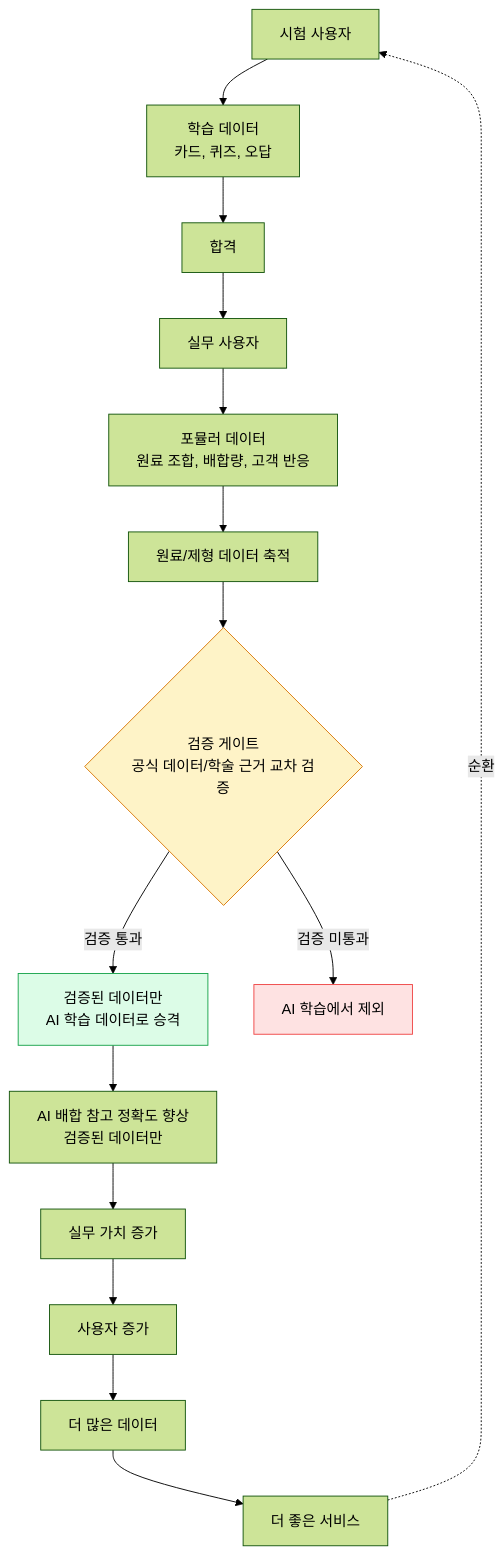
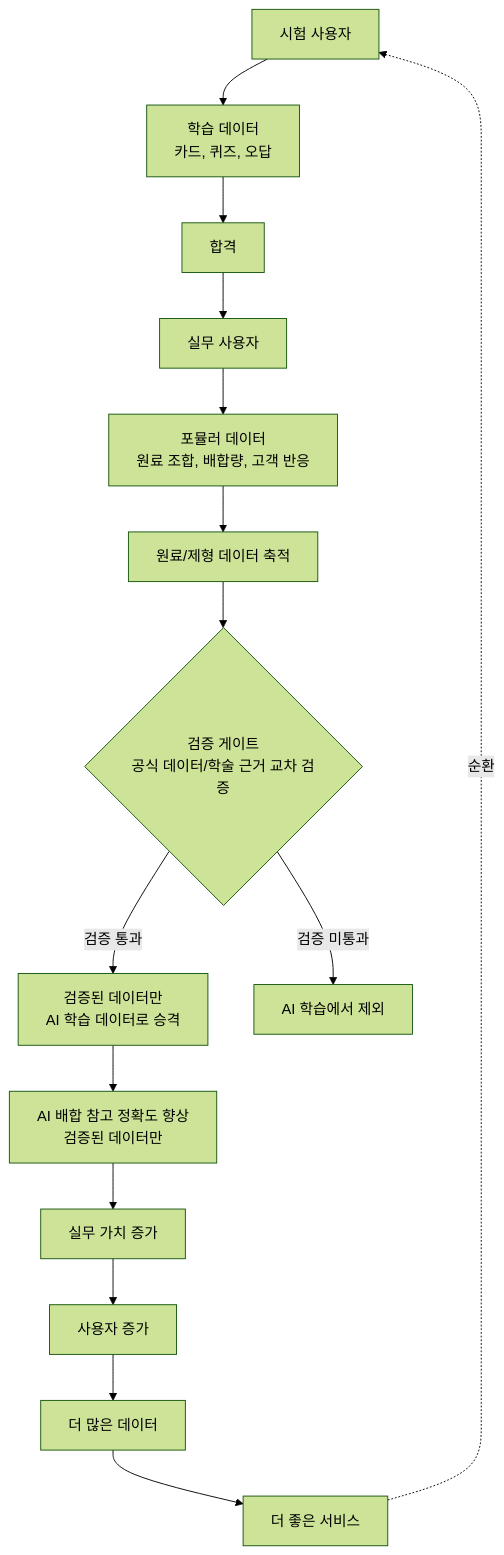
One commit to skygoldlee-cyber/Personalized_Skincare changed the eighth of 10 diagrams in docs/dev/PASS_TO_PRACTICE_STRATEGY.md. Above: the diagram before and after it, drawn with Mermaid (forest theme). The commit also changed other lines of this file and 1 other file, not shown here.

First line of the commit message:
docs: Mermaid 다크모드 대비 문제 해결 — style 지시자 제거

````diff
--- a/docs/dev/PASS_TO_PRACTICE_STRATEGY.md
+++ b/docs/dev/PASS_TO_PRACTICE_STRATEGY.md
@@ -741,21 +727,18 @@
 ```mermaid
 flowchart TD
     A[시험 사용자] --> B[학습 데이터<br/>카드, 퀴즈, 오답]
     B --> C[합격]
     C --> D[실무 사용자]
     D --> E[포뮬러 데이터<br/>원료 조합, 배합량, 고객 반응]
     E --> F[원료/제형 데이터 축적]
     F --> GATE{"검증 게이트<br/>공식 데이터/학술 근거 교차 검증"}
     GATE -->|검증 통과| H[검증된 데이터만<br/>AI 학습 데이터로 승격]
     GATE -->|검증 미통과| H2[AI 학습에서 제외]
     H --> I[AI 배합 참고 정확도 향상<br/>검증된 데이터만]
     I --> J[실무 가치 증가]
     J --> K[사용자 증가]
     K --> L[더 많은 데이터]
     L --> M[더 좋은 서비스]
     M -.->|순환| A
 
-    style GATE fill:#fef3c7,stroke:#d97706
-    style H fill:#dcfce7,stroke:#16a34a
-    style H2 fill:#fee2e2,stroke:#ef4444
 ```
````
